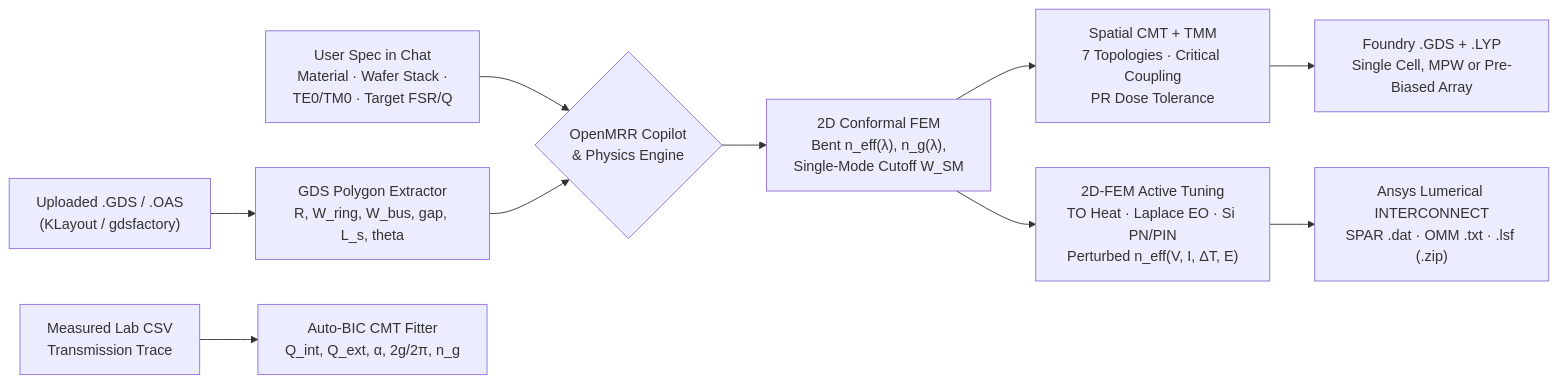
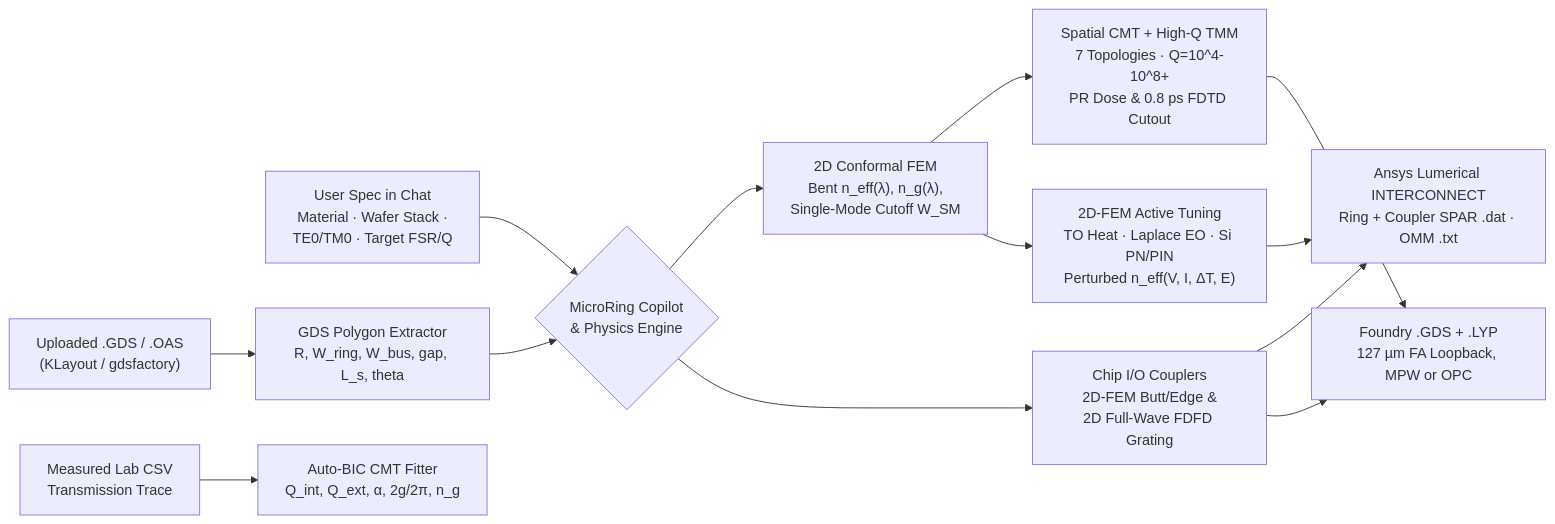
Before and after one commit to ZhihaoRenKevin/openmrr-studio: the diagram in README.md, drawn with Mermaid. The commit also changed other lines of this file and 54 other files, not shown here.

Commit message:
Release MicroRing Studio v3.5.0: Butt/2D-FDFD Grating Couplers & Instant High-Q Convergence

````diff
--- a/README.md
+++ b/README.md
@@ -48,12 +56,15 @@
 ```mermaid
 flowchart LR
-    U["User Spec in Chat<br/>Material · Wafer Stack ·<br/>TE0/TM0 · Target FSR/Q"] --> C{"OpenMRR Copilot<br/>& Physics Engine"}
+    U["User Spec in Chat<br/>Material · Wafer Stack ·<br/>TE0/TM0 · Target FSR/Q"] --> C{"MicroRing Copilot<br/>& Physics Engine"}
     G1["Uploaded .GDS / .OAS<br/>(KLayout / gdsfactory)"] --> B1["GDS Polygon Extractor<br/>R, W_ring, W_bus, gap, L_s, theta"]
     B1 --> C
     C --> M["2D Conformal FEM<br/>Bent n_eff(λ), n_g(λ),<br/>Single-Mode Cutoff W_SM"]
-    M --> S["Spatial CMT + TMM<br/>7 Topologies · Critical Coupling<br/>PR Dose Tolerance"]
+    M --> S["Spatial CMT + High-Q TMM<br/>7 Topologies · Q=10^4-10^8+<br/>PR Dose & 0.8 ps FDTD Cutout"]
+    C --> IO["Chip I/O Couplers<br/>2D-FEM Butt/Edge &<br/>2D Full-Wave FDFD Grating"]
     M --> A["2D-FEM Active Tuning<br/>TO Heat · Laplace EO · Si PN/PIN<br/>Perturbed n_eff(V, I, ΔT, E)"]
-    A --> IC["Ansys Lumerical INTERCONNECT<br/>SPAR .dat · OMM .txt · .lsf (.zip)"]
-    S --> G2["Foundry .GDS + .LYP<br/>Single Cell, MPW or Pre-Biased Array"]
+    A --> IC["Ansys Lumerical INTERCONNECT<br/>Ring + Coupler SPAR .dat · OMM .txt"]
+    IO --> IC
+    IO --> G2["Foundry .GDS + .LYP<br/>127 µm FA Loopback, MPW or OPC"]
+    S --> G2
     L["Measured Lab CSV<br/>Transmission Trace"] --> F["Auto-BIC CMT Fitter<br/>Q_int, Q_ext, α, 2g/2π, n_g"]
 ```
````
